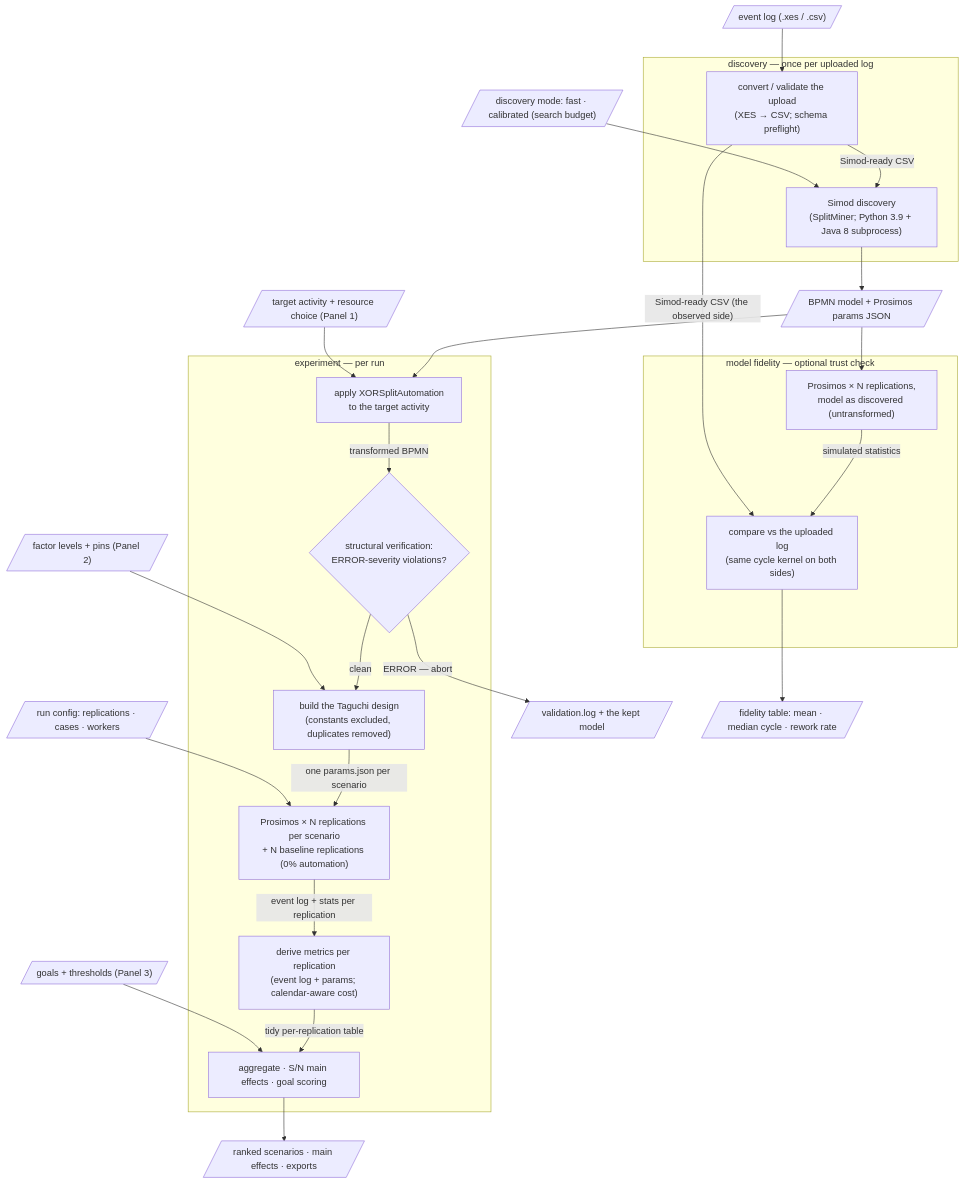
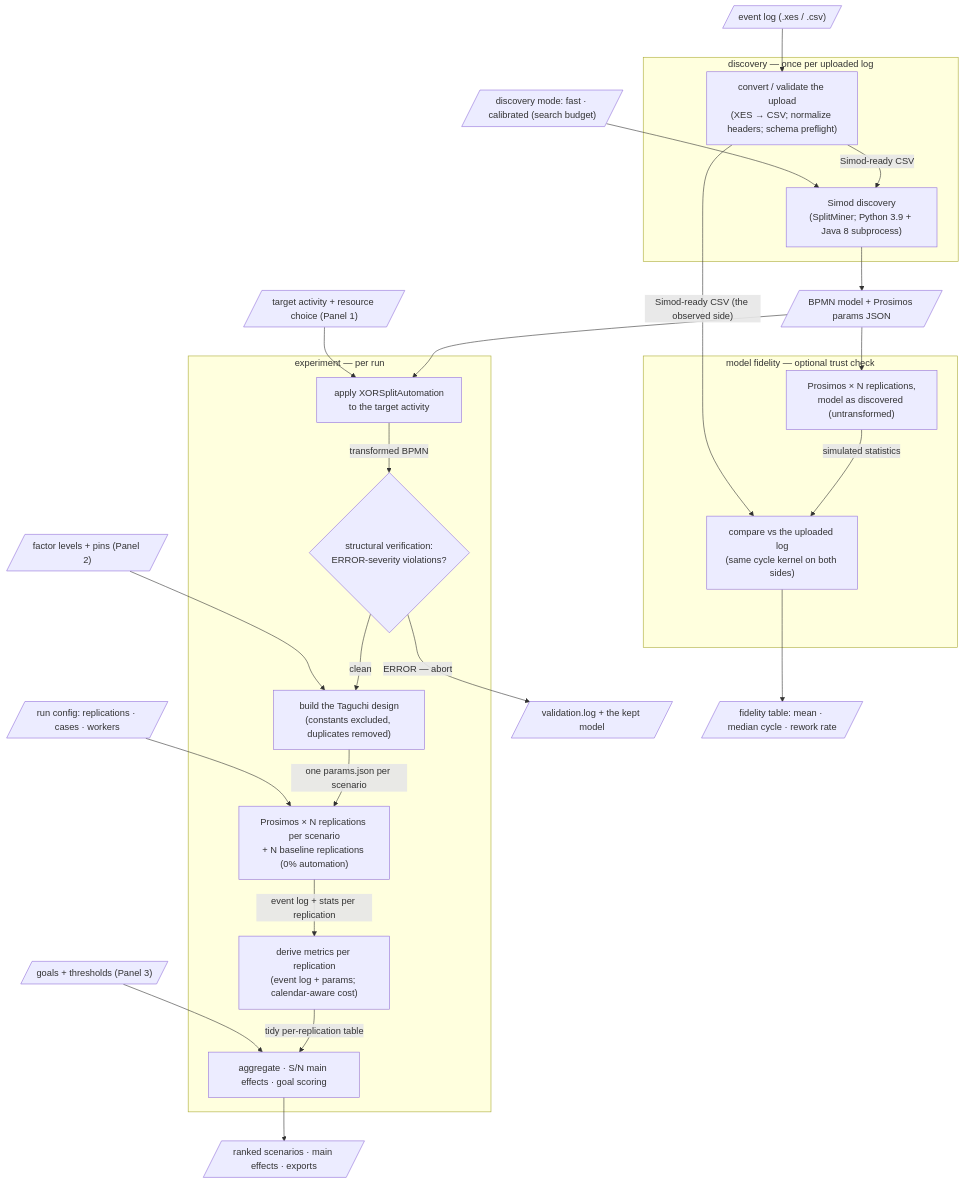
One commit to ProcessMining-uOttawa/PMM4RPAAI-Sim changed the diagram in docs/architecture.md. Above: the diagram before and after it, drawn with Mermaid. The commit also changed other lines of this file, not shown here.

First line of the commit message:
docs: architecture doc reflects header normalization

````diff
--- a/docs/architecture.md
+++ b/docs/architecture.md
@@ -25,44 +25,44 @@
 ```mermaid
 flowchart TD
     subgraph discovery ["discovery — once per uploaded log"]
-        convert["convert / validate the upload<br/>(XES → CSV; schema preflight)"]
+        convert["convert / validate the upload<br/>(XES → CSV; normalize headers; schema preflight)"]
         simod["Simod discovery<br/>(SplitMiner; Python 3.9 + Java 8 subprocess)"]
         convert -- "Simod-ready CSV" --> simod
     end
 
     upload[/"event log (.xes / .csv)"/] --> convert
     mode[/"discovery mode: fast · calibrated (search budget)"/] --> simod
     simod --> model[/"BPMN model + Prosimos params JSON"/]
 
     subgraph experiment ["experiment — per run"]
         apply["apply XORSplitAutomation<br/>to the target activity"]
         gate{"structural verification:<br/>ERROR-severity violations?"}
         design["build the Taguchi design<br/>(constants excluded, duplicates removed)"]
         sim["Prosimos × N replications per scenario<br/>+ N baseline replications (0% automation)"]
         derive["derive metrics per replication<br/>(event log + params; calendar-aware cost)"]
         rank["aggregate · S/N main effects · goal scoring"]
         apply -- "transformed BPMN" --> gate
         gate -- "clean" --> design
         design -- "one params.json per scenario" --> sim
         sim -- "event log + stats per replication" --> derive
         derive -- "tidy per-replication table" --> rank
     end
 
     model --> apply
     target[/"target activity + resource choice (Panel 1)"/] --> apply
     levels[/"factor levels + pins (Panel 2)"/] --> design
     goals[/"goals + thresholds (Panel 3)"/] --> rank
     runcfg[/"run config: replications · cases · workers"/] --> sim
     gate -- "ERROR — abort" --> vlog[/"validation.log + the kept model"/]
     rank --> results[/"ranked scenarios · main effects · exports"/]
 
     subgraph fidelity ["model fidelity — optional trust check"]
         adrun["Prosimos × N replications,<br/>model as discovered (untransformed)"]
         compare["compare vs the uploaded log<br/>(same cycle kernel on both sides)"]
         adrun -- "simulated statistics" --> compare
     end
 
     model --> adrun
     convert -- "Simod-ready CSV (the observed side)" --> compare
     compare --> ftable[/"fidelity table: mean · median cycle · rework rate"/]
 ```
````
